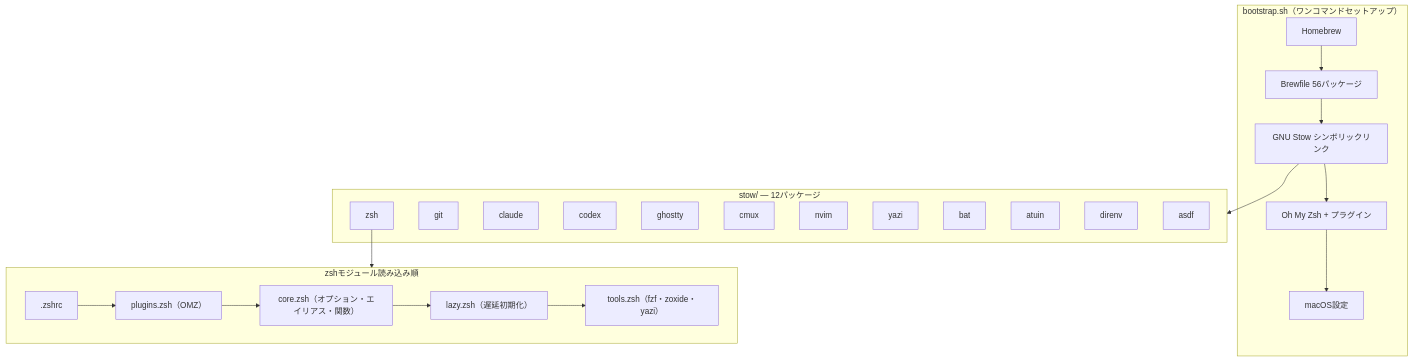
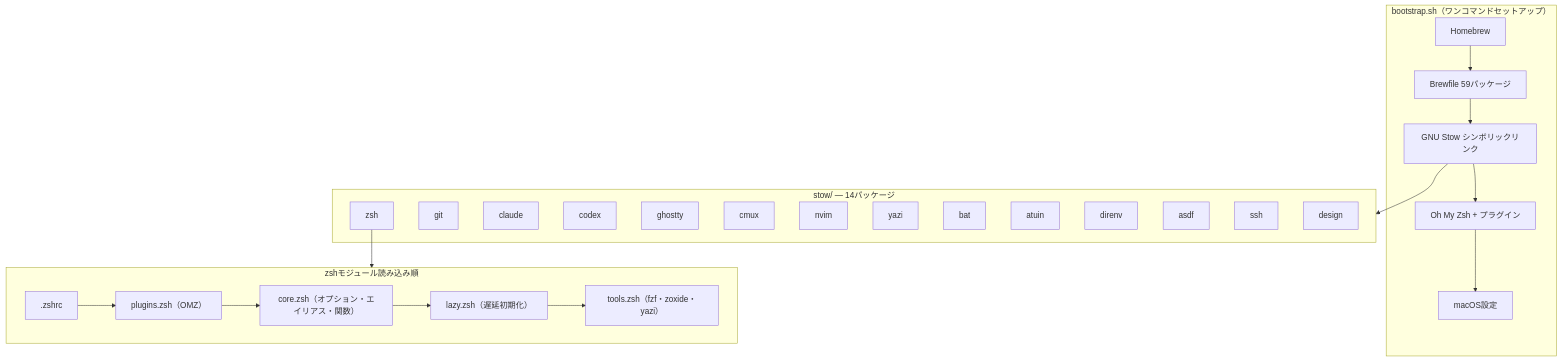
One commit to otake-shol/dotfiles changed the diagram in README.md. Above: the diagram before and after it, drawn with Mermaid. The commit also changed other lines of this file and 120 other files, not shown here.

First line of the commit message:
feat(design): Otake Visual SystemとMermaid文書変換を追加

````diff
--- a/README.md
+++ b/README.md
@@ -94,35 +96,37 @@
 ```mermaid
 graph TB
     subgraph bootstrap["bootstrap.sh（ワンコマンドセットアップ）"]
         B1[Homebrew]
-        B1 --> B2[Brewfile 56パッケージ]
+        B1 --> B2[Brewfile 59パッケージ]
         B2 --> B3[GNU Stow シンボリックリンク]
         B3 --> B4[Oh My Zsh + プラグイン]
         B4 --> B5[macOS設定]
     end
 
-    subgraph stow["stow/ — 12パッケージ"]
+    subgraph stow["stow/ — 14パッケージ"]
         S1[zsh]
         S2[git]
         S3[claude]
         S4[codex]
         S5[ghostty]
         S6[cmux]
         S7[nvim]
         S8[yazi]
         S9[bat]
         S10[atuin]
         S11[direnv]
         S12[asdf]
+        S13[ssh]
+        S14[design]
     end
 
     subgraph shell["zshモジュール読み込み順"]
         Z1[".zshrc"] --> Z2["plugins.zsh（OMZ）"]
         Z2 --> Z3["core.zsh（オプション・エイリアス・関数）"]
         Z3 --> Z4["lazy.zsh（遅延初期化）"]
         Z4 --> Z5["tools.zsh（fzf・zoxide・yazi）"]
     end
 
     B3 --> stow
     S1 --> shell
 ```
````
